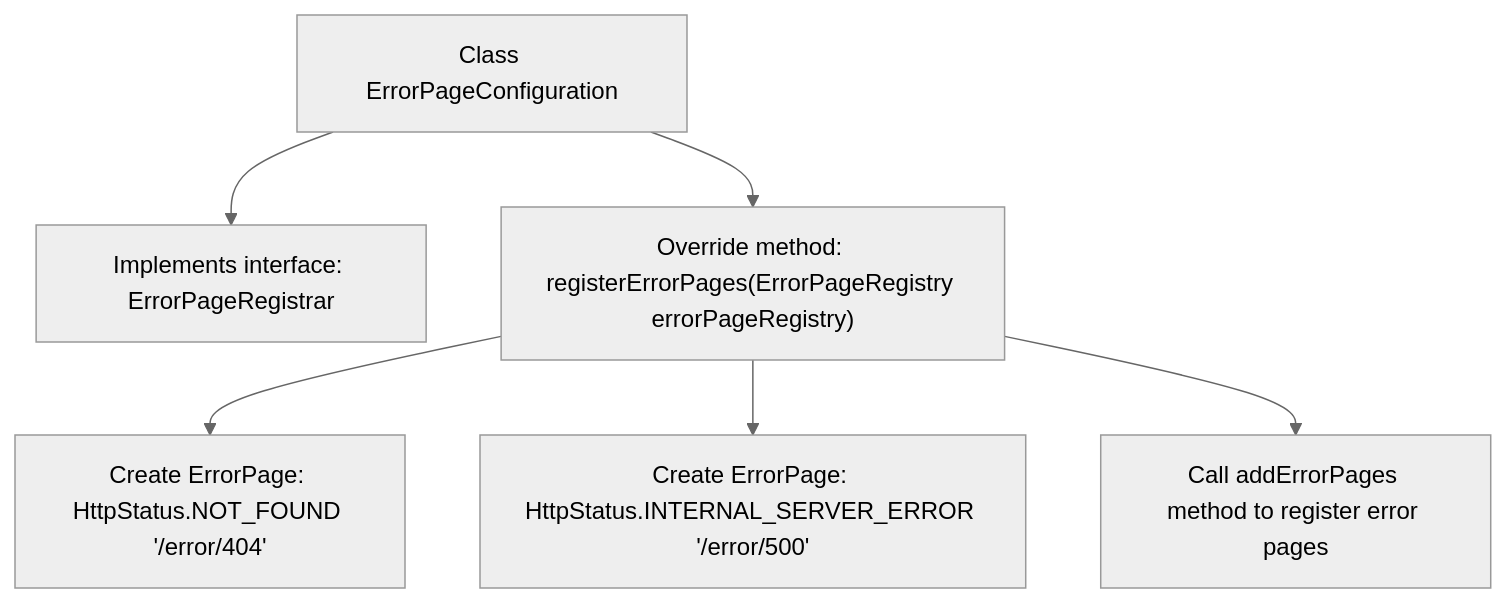
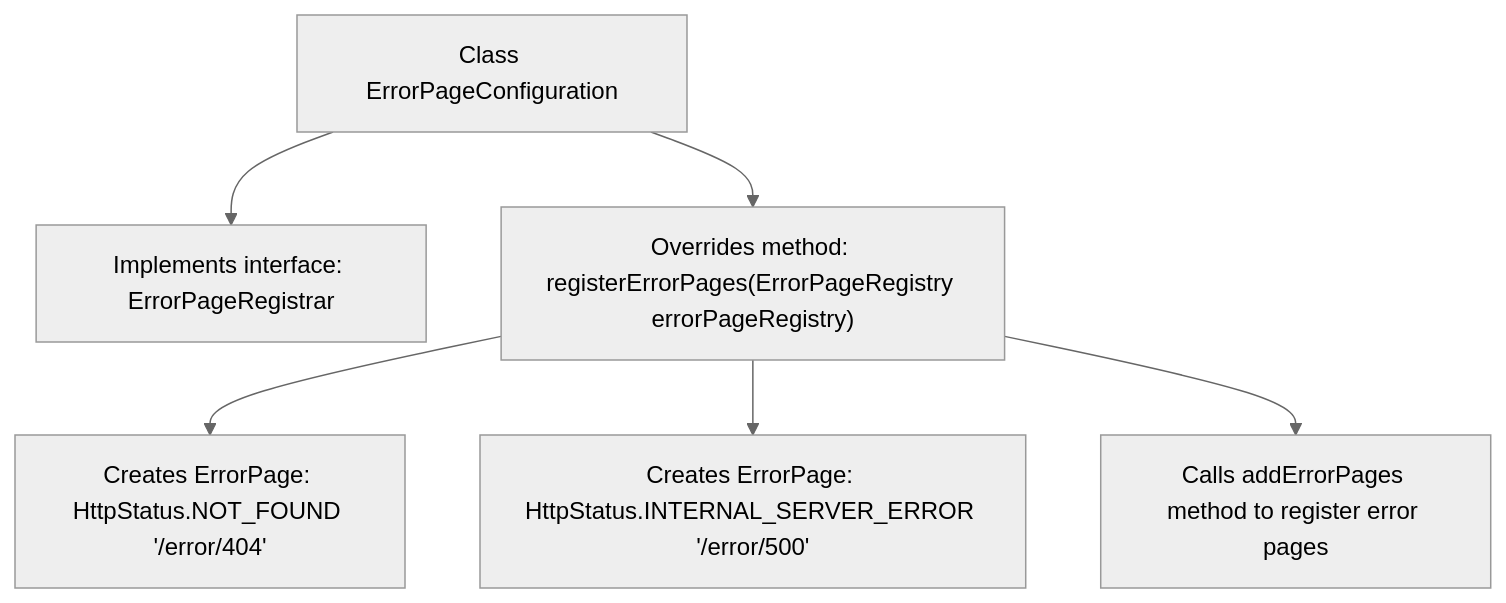
One commit to v-wjrong/binary_weixin-java-miniapp-demo changed the second of 2 diagrams in docs/en/docs/src/main/java/com/github/binarywang/demo/wx/miniapp/error/ErrorPageConfiguration.md. Above: the diagram before and after it, drawn with Mermaid (neutral theme). The commit also changed other lines of this file and 47 other files, not shown here.

````diff
--- a/docs/en/docs/src/main/java/com/github/binarywang/demo/wx/miniapp/error/ErrorPageConfiguration.md
+++ b/docs/en/docs/src/main/java/com/github/binarywang/demo/wx/miniapp/error/ErrorPageConfiguration.md
@@ -71,15 +71,15 @@
 ```mermaid
 graph TD
     A["Class ErrorPageConfiguration"]
     B["Implements interface: ErrorPageRegistrar"]
-    C["Override method: registerErrorPages(ErrorPageRegistry errorPageRegistry)"]
-    D["Create ErrorPage: HttpStatus.NOT_FOUND '/error/404'"]
-    E["Create ErrorPage: HttpStatus.INTERNAL_SERVER_ERROR '/error/500'"]
-    F["Call addErrorPages method to register error pages"]
-
+    C["Overrides method: registerErrorPages(ErrorPageRegistry errorPageRegistry)"]
+    D["Creates ErrorPage: HttpStatus.NOT_FOUND '/error/404'"]
+    E["Creates ErrorPage: HttpStatus.INTERNAL_SERVER_ERROR '/error/500'"]
+    F["Calls addErrorPages method to register error pages"]
+    
     A --> B
     A --> C
     C --> D
     C --> E
     C --> F
 ```
````
